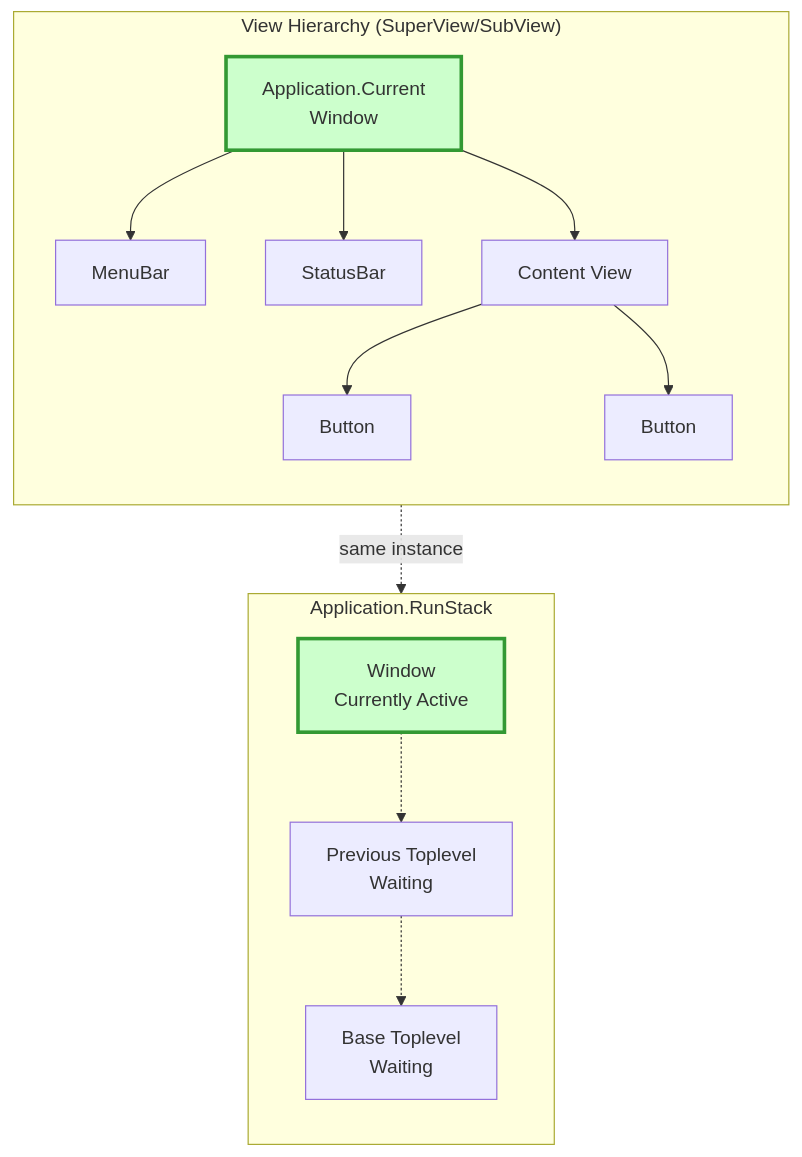
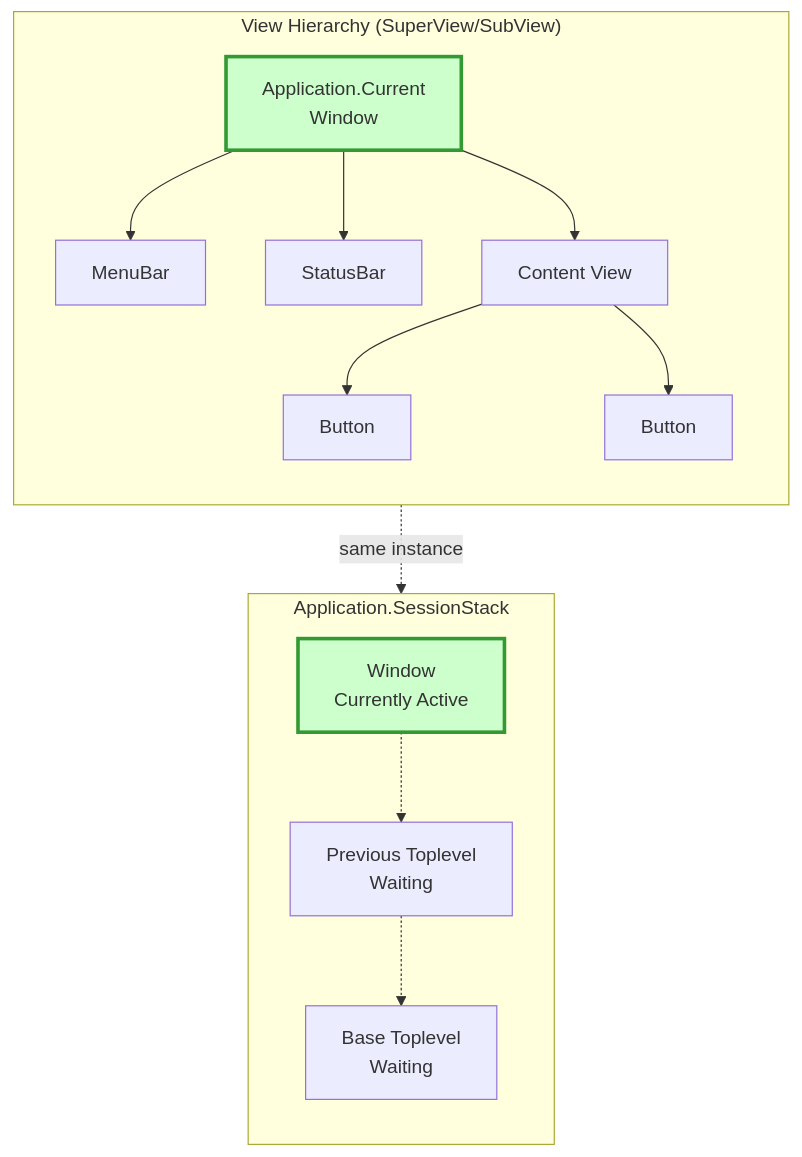
The sixth of 11 diagrams in docfx/docs/terminology-diagrams.md (gui-cs/Terminal.Gui), drawn with Mermaid before and after one commit. The commit also changed other lines of this file and 4 other files, not shown here.

Commit message:
Update proposal: RunStack → SessionStack to align with SessionToken terminology

````diff
--- a/docfx/docs/terminology-diagrams.md
+++ b/docfx/docs/terminology-diagrams.md
@@ -125,32 +125,32 @@
 ```mermaid
 graph TB
     subgraph ViewTree["View Hierarchy (SuperView/SubView)"]
         direction TB
         Top[Application.Current<br/>Window]
         Menu[MenuBar]
         Status[StatusBar]
         Content[Content View]
         Button1[Button]
         Button2[Button]
         
         Top --> Menu
         Top --> Status
         Top --> Content
         Content --> Button1
         Content --> Button2
     end
     
-    subgraph Stack["Application.RunStack"]
+    subgraph Stack["Application.SessionStack"]
         direction TB
         S1[Window<br/>Currently Active]
         S2[Previous Toplevel<br/>Waiting]
         S3[Base Toplevel<br/>Waiting]
         
         S1 -.-> S2 -.-> S3
     end
     
     Top -.->|"same instance"| S1
     
     style Top fill:#ccffcc,stroke:#339933,stroke-width:3px
     style S1 fill:#ccffcc,stroke:#339933,stroke-width:3px
 ```
````
